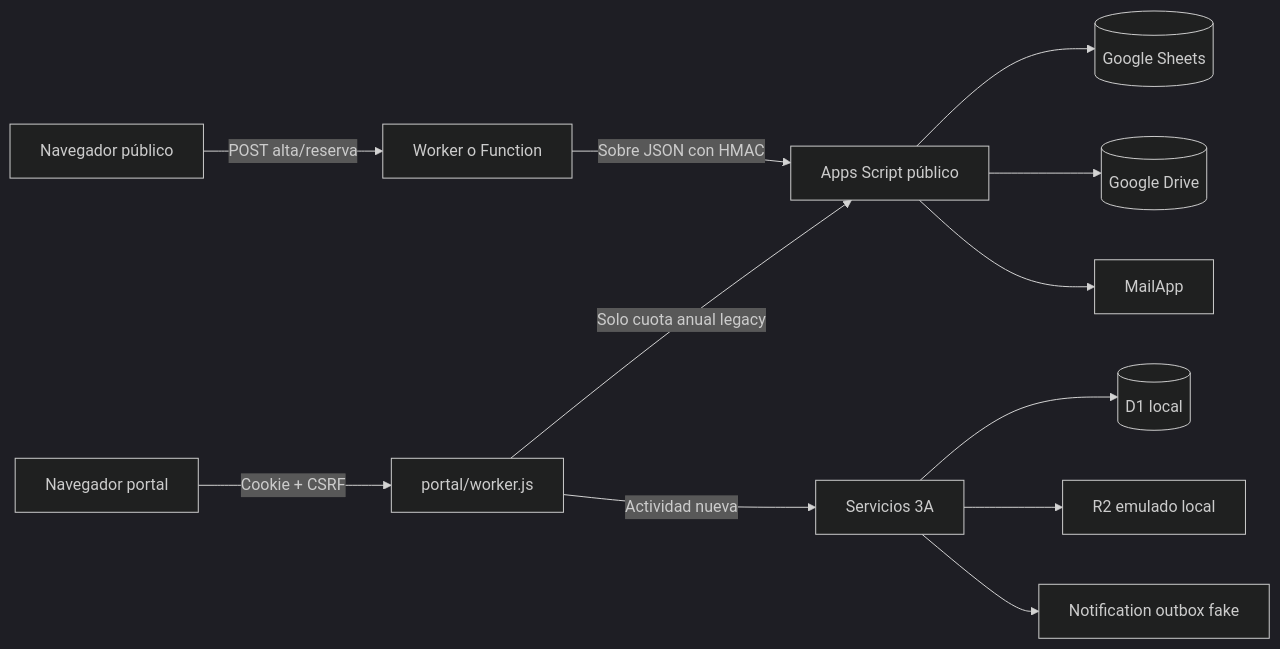
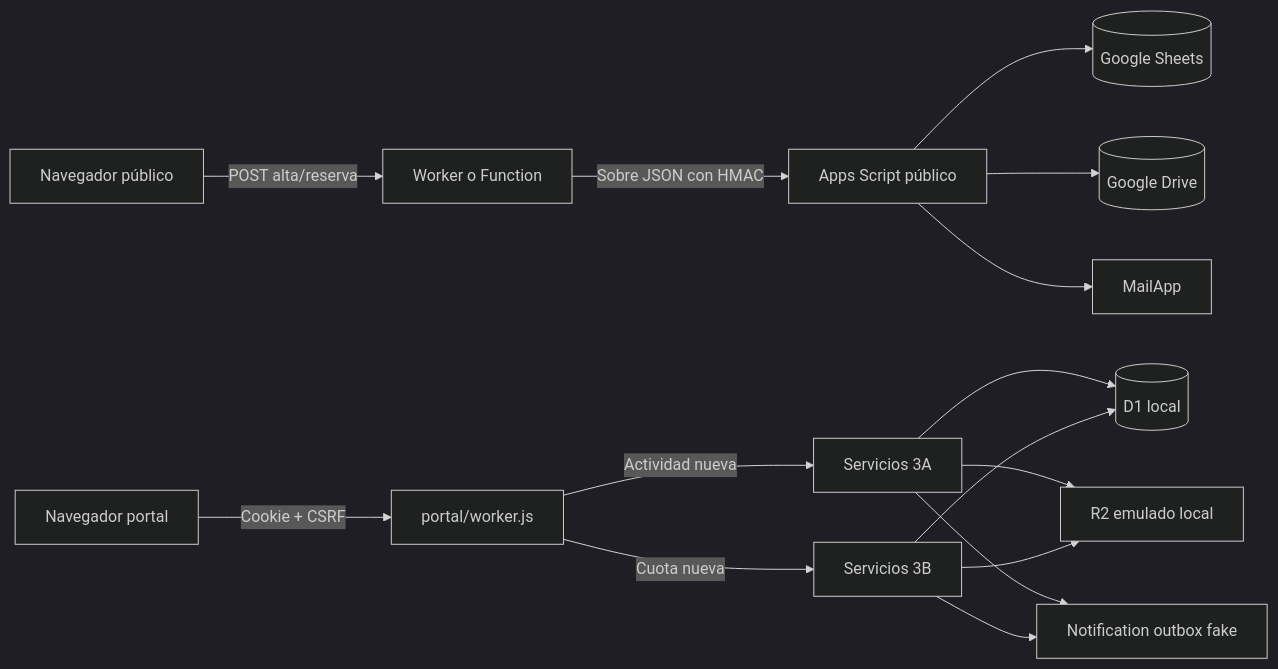
The diagram in docs/CURRENT_STATE.md (misterguaf/webi), drawn with Mermaid (dark theme) before and after one commit. The commit also changed other lines of this file and 42 other files, not shown here.

````diff
--- a/docs/CURRENT_STATE.md
+++ b/docs/CURRENT_STATE.md
@@ -117,14 +123,17 @@
 ```mermaid
 flowchart LR
   A[Navegador público] -->|POST alta/reserva| B[Worker o Function]
   C[Navegador portal] -->|Cookie + CSRF| D[portal/worker.js]
   B -->|Sobre JSON con HMAC| E[Apps Script público]
   D -->|Actividad nueva| S[Servicios 3A]
   S --> DB[(D1 local)]
   S --> R2[R2 emulado local]
   S --> O[Notification outbox fake]
-  D -->|Solo cuota anual legacy| E
+  D -->|Cuota nueva| Q[Servicios 3B]
+  Q --> DB
+  Q --> R2
+  Q --> O
   E --> F[(Google Sheets)]
   E --> G[(Google Drive)]
   E --> H[MailApp]
 ```
````
